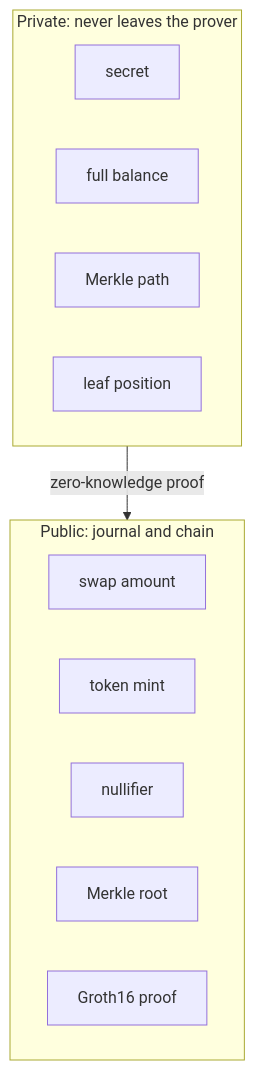
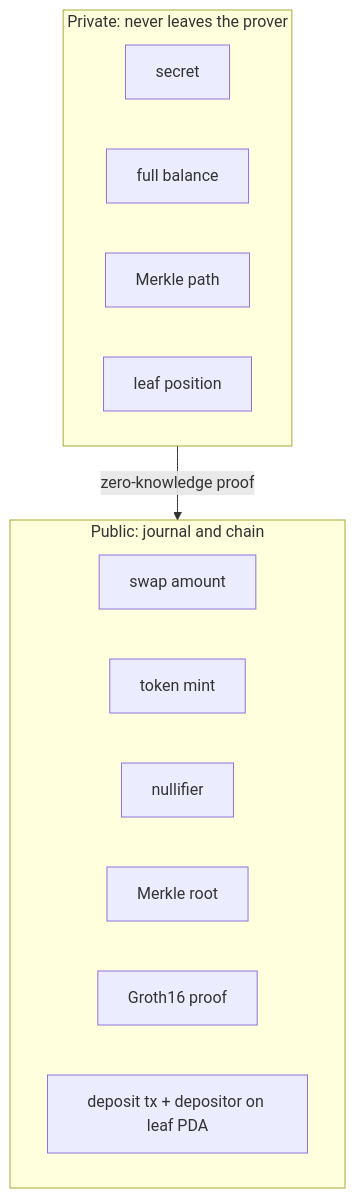
Before and after one commit to pprogrammingg/zk-spot-shield: the third of 3 diagrams in docs/architecture.md, drawn with Mermaid. The commit also changed other lines of this file and 4 other files, not shown here.

Commit message:
docs: numbered flow + account Q&A - YES

````diff
--- a/docs/architecture.md
+++ b/docs/architecture.md
@@ -98,17 +147,18 @@
 ```mermaid
 flowchart TB
     subgraph privateSide [Private: never leaves the prover]
         Secret[secret]
         Balance[full balance]
         Path[Merkle path]
         Index[leaf position]
     end
     subgraph publicSide [Public: journal and chain]
         Amount[swap amount]
         Mint[token mint]
         Nullifier[nullifier]
         Root[Merkle root]
         Proof[Groth16 proof]
+        DepositLink[deposit tx + depositor on leaf PDA]
     end
     privateSide -->|"zero-knowledge proof"| publicSide
 ```
````
